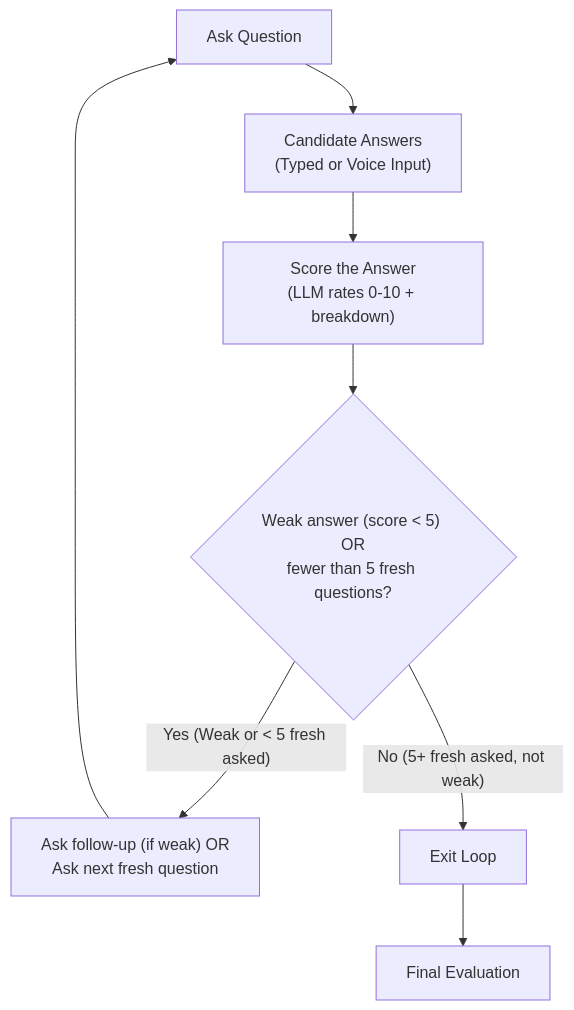
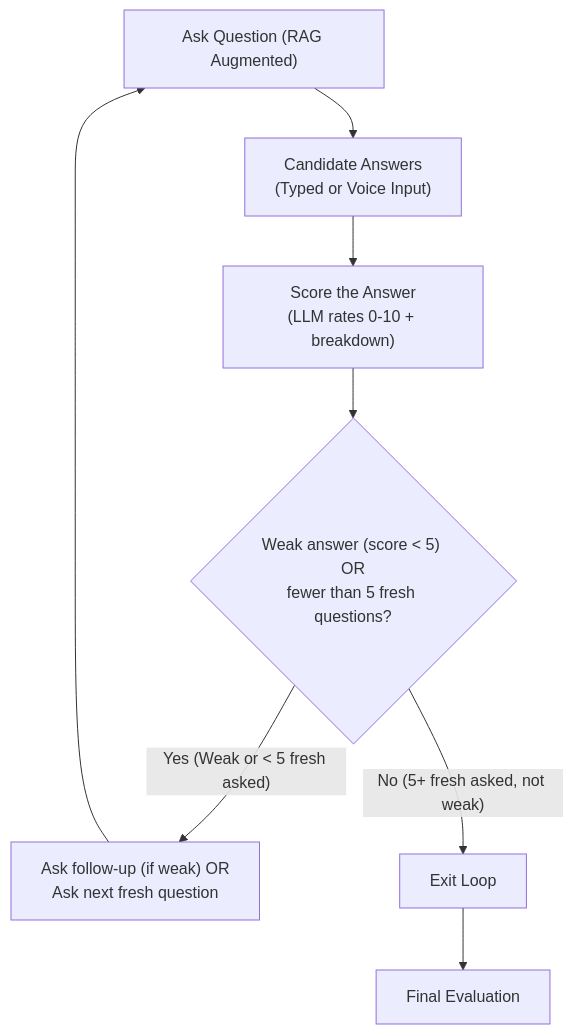
Before and after one commit to Nandunandu24/Interview-Agent: the second of 2 diagrams in README.md, drawn with Mermaid. The commit also changed other lines of this file, not shown here.

Commit message:
Update README.md with RAG vector search details and remove hackathon references

````diff
--- a/README.md
+++ b/README.md
@@ -61,10 +65,10 @@
 ```mermaid
 graph TD
-    A["Ask Question"] --> B["Candidate Answers<br>(Typed or Voice Input)"]
+    A["Ask Question (RAG Augmented)"] --> B["Candidate Answers<br>(Typed or Voice Input)"]
     B --> C["Score the Answer<br>(LLM rates 0-10 + breakdown)"]
     C --> D{"Weak answer (score < 5) OR<br>fewer than 5 fresh questions?"}
     D -- "Yes (Weak or < 5 fresh asked)" --> E["Ask follow-up (if weak) OR<br>Ask next fresh question"]
     E --> A
     D -- "No (5+ fresh asked, not weak)" --> F["Exit Loop"]
     F --> G["Final Evaluation"]
 ```
````
